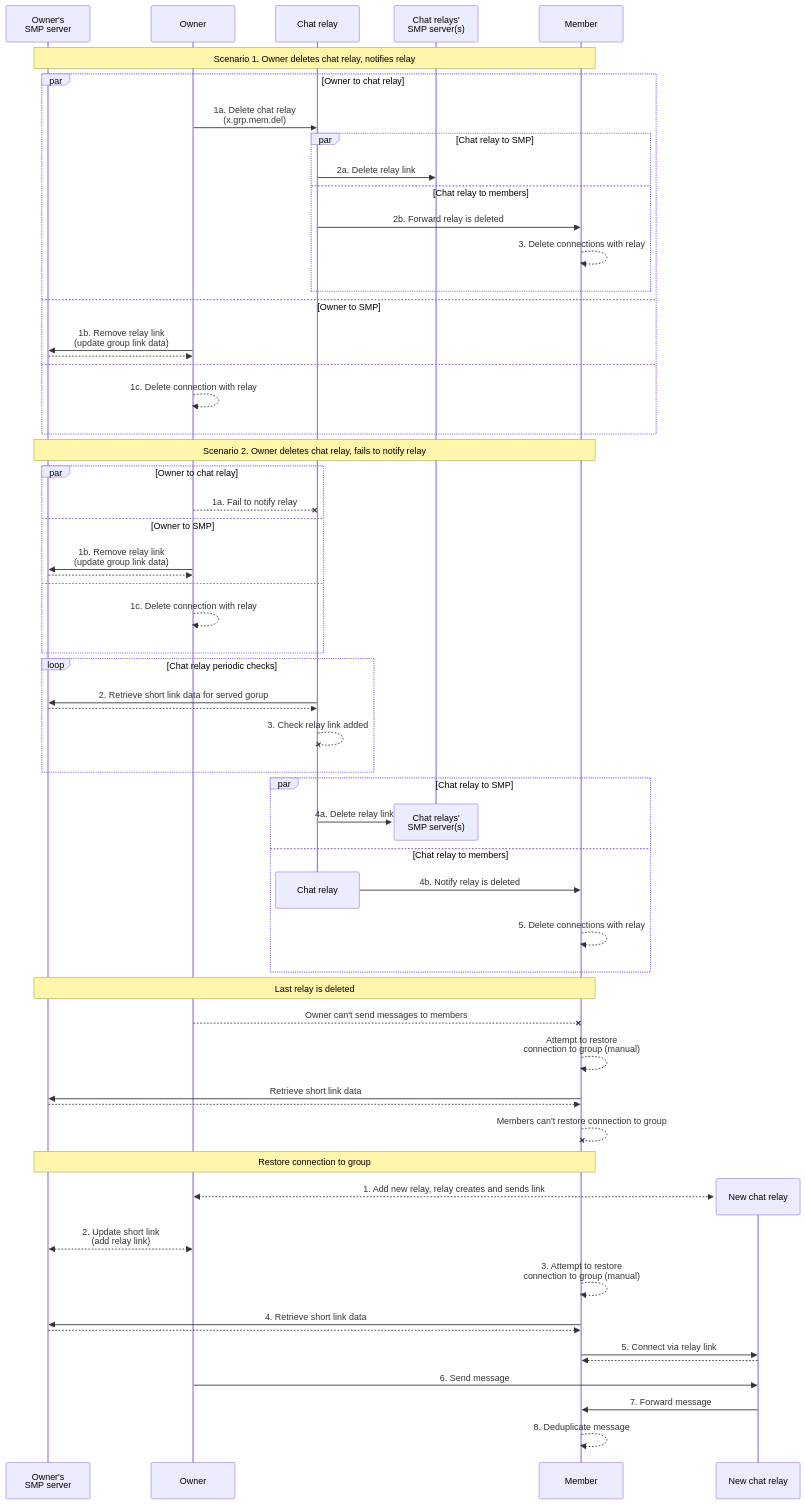
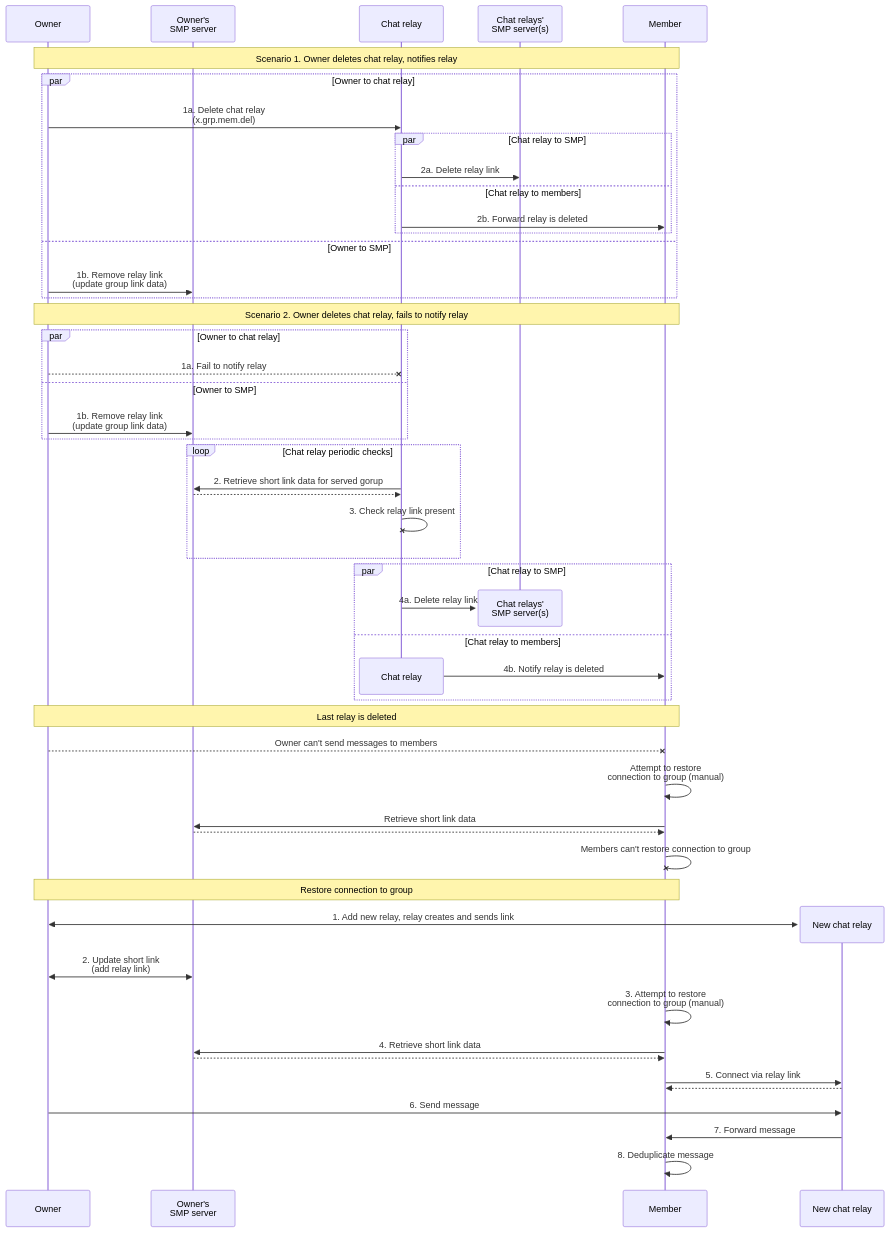
The second of 2 diagrams in docs/rfcs/2025-10-20-chat-relays.md (simplex-chat/simplex-chat), drawn with Mermaid before and after one commit. The commit also changed other lines of this file, not shown here.

````diff
--- a/docs/rfcs/2025-10-20-chat-relays.md
+++ b/docs/rfcs/2025-10-20-chat-relays.md
@@ -79,71 +78,63 @@
 ```mermaid
 sequenceDiagram
-  participant OSMP as Owner's<br>SMP server
-  participant O as Owner
-  participant R as Chat relay
-  participant RSMP as Chat relays'<br>SMP server(s)
-  participant M as Member
+    participant O as Owner
+    participant OSMP as Owner's<br>SMP server
+    participant R as Chat relay
+    participant RSMP as Chat relays'<br>SMP server(s)
+    participant M as Member
 
-note over OSMP, M: Scenario 1. Owner deletes chat relay, notifies relay
+note over O, M: Scenario 1. Owner deletes chat relay, notifies relay
 
 par Owner to chat relay
     O ->> R: 1a. Delete chat relay<br>(x.grp.mem.del)
     par Chat relay to SMP
         R ->> RSMP: 2a. Delete relay link
     and Chat relay to members
         R ->> M: 2b. Forward relay is deleted
-        M -->> M: 3. Delete connections with relay
     end
 and Owner to SMP
     O ->> OSMP: 1b. Remove relay link<br>(update group link data)
-    OSMP -->> O:
-and
-    O -->> O: 1c. Delete connection with relay
 end
 
-note over OSMP, M: Scenario 2. Owner deletes chat relay, fails to notify relay
+note over O, M: Scenario 2. Owner deletes chat relay, fails to notify relay
 
 par Owner to chat relay
     O --x R: 1a. Fail to notify relay
 and Owner to SMP
     O ->> OSMP: 1b. Remove relay link<br>(update group link data)
-    OSMP -->> O:
-and
-    O -->> O: 1c. Delete connection with relay
 end
 loop Chat relay periodic checks
     R ->> OSMP: 2. Retrieve short link data for served gorup
     OSMP -->> R:
-    R --x R: 3. Check relay link added
+    R -x R: 3. Check relay link present
 end
 par Chat relay to SMP
     destroy RSMP
     R ->> RSMP: 4a. Delete relay link 
 and Chat relay to members
     destroy R
     R ->> M: 4b. Notify relay is deleted
-    M -->> M: 5. Delete connections with relay
 end
 
-note over OSMP, M: Last relay is deleted
+note over O, M: Last relay is deleted
 
 O --x M: Owner can't send messages to members
-M -->> M: Attempt to restore<br>connection to group (manual)
+M ->> M: Attempt to restore<br>connection to group (manual)
 M ->> OSMP: Retrieve short link data
 OSMP -->> M:
-M --x M: Members can't restore connection to group
+M -x M: Members can't restore connection to group
 
-note over OSMP, M: Restore connection to group
+note over O, M: Restore connection to group
 
 create participant NR as New chat relay
-O <<-->> NR: 1. Add new relay, relay creates and sends link
-O <<-->> OSMP: 2. Update short link<br>(add relay link)
-M -->> M: 3. Attempt to restore<br>connection to group (manual)
+O <<->> NR: 1. Add new relay, relay creates and sends link
+O <<->> OSMP: 2. Update short link<br>(add relay link)
+M ->> M: 3. Attempt to restore<br>connection to group (manual)
 M ->> OSMP: 4. Retrieve short link data
 OSMP -->> M:
 M ->> NR: 5. Connect via relay link
 NR -->> M:
 O ->> NR: 6. Send message
 NR ->> M: 7. Forward message
-M -->> M: 8. Deduplicate message
+M ->> M: 8. Deduplicate message
 ```
````
